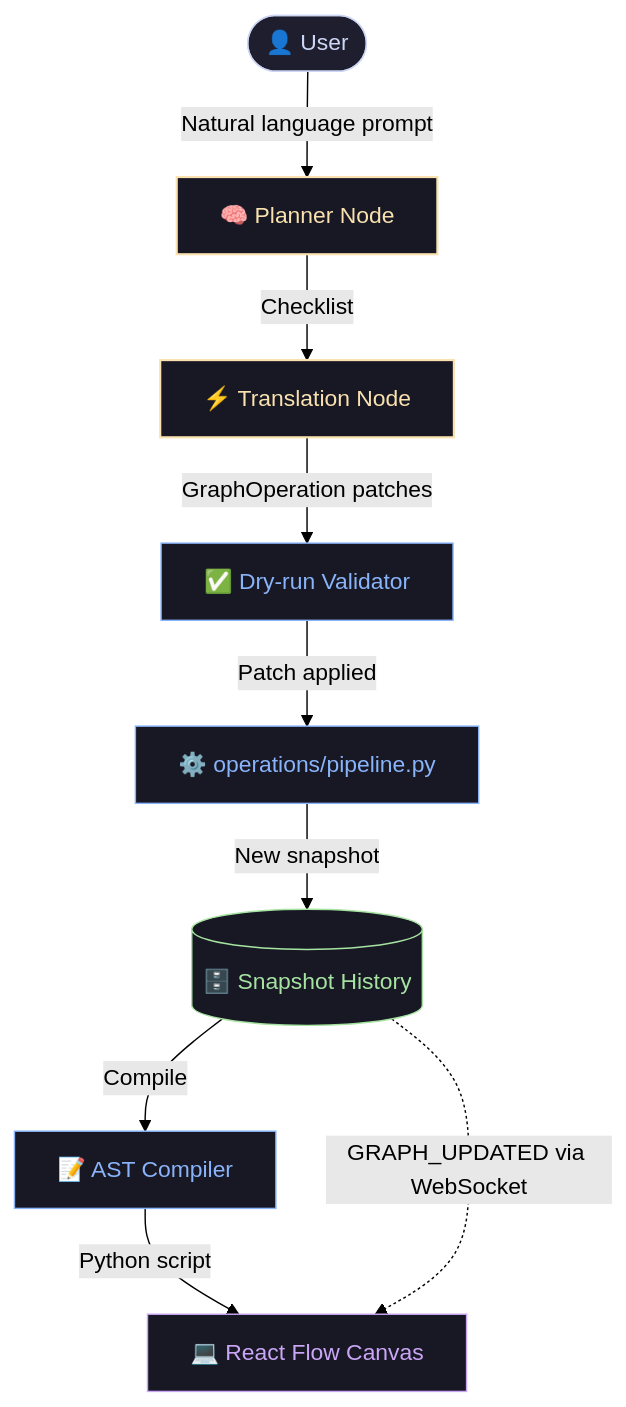
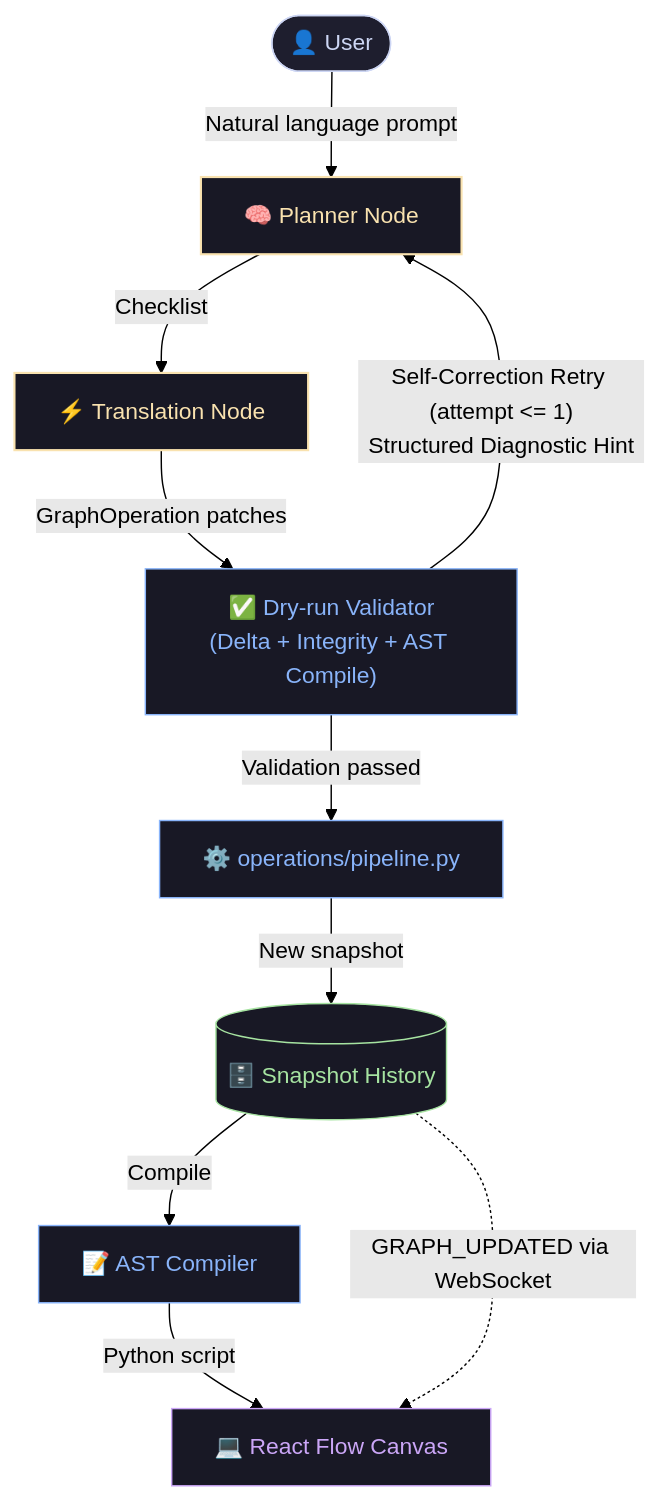
Before and after one commit to kszucher/graphboard: the diagram in README.md, drawn with Mermaid (forest theme). The commit also changed other lines of this file and 3 other files, not shown here.

````diff
--- a/README.md
+++ b/README.md
@@ -101,24 +101,25 @@
 ```mermaid
 graph TD
     %% Styling Classes
     classDef default fill:#1e1e2e,stroke:#cdd6f4,stroke-width:1px,color:#cdd6f4;
     classDef ui fill:#181825,stroke:#cba6f7,stroke-width:1px,color:#cba6f7;
     classDef copilot fill:#181825,stroke:#f9e2af,stroke-width:1.5px,color:#f9e2af;
     classDef backend fill:#181825,stroke:#89b4fa,stroke-width:1px,color:#89b4fa;
     classDef store fill:#181825,stroke:#a6e3a1,stroke-width:1px,color:#a6e3a1;
 
     User([👤 User]) -->|"Natural language prompt"| Planner["🧠 Planner Node"]
     Planner -->|"Checklist"| Translator["⚡ Translation Node"]
-    Translator -->|"GraphOperation patches"| Validator["✅ Dry-run Validator"]
-    Validator -->|"Patch applied"| Operations["⚙️ operations/pipeline.py"]
+    Translator -->|"GraphOperation patches"| Validator["✅ Dry-run Validator<br/>(Delta + Integrity + AST Compile)"]
+    Validator -->|"Self-Correction Retry (attempt <= 1)<br/>Structured Diagnostic Hint"| Planner
+    Validator -->|"Validation passed"| Operations["⚙️ operations/pipeline.py"]
     Operations -->|"New snapshot"| History[("🗄️ Snapshot History")]
     History -->|"Compile"| Compiler["📝 AST Compiler"]
     Compiler -->|"Python script"| Canvas["💻 React Flow Canvas"]
     History -.->|"GRAPH_UPDATED via WebSocket"| Canvas
 
     class Planner,Translator copilot;
     class Validator,Operations,Compiler backend;
     class History store;
     class Canvas ui;
     class User default;
 ```
````
